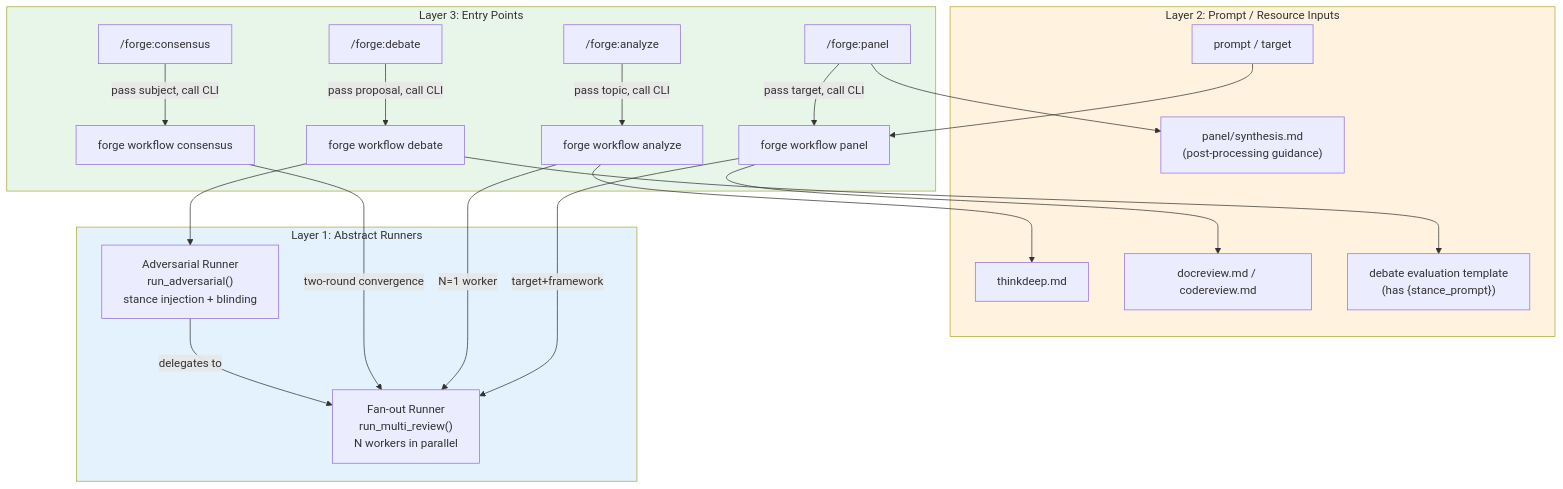
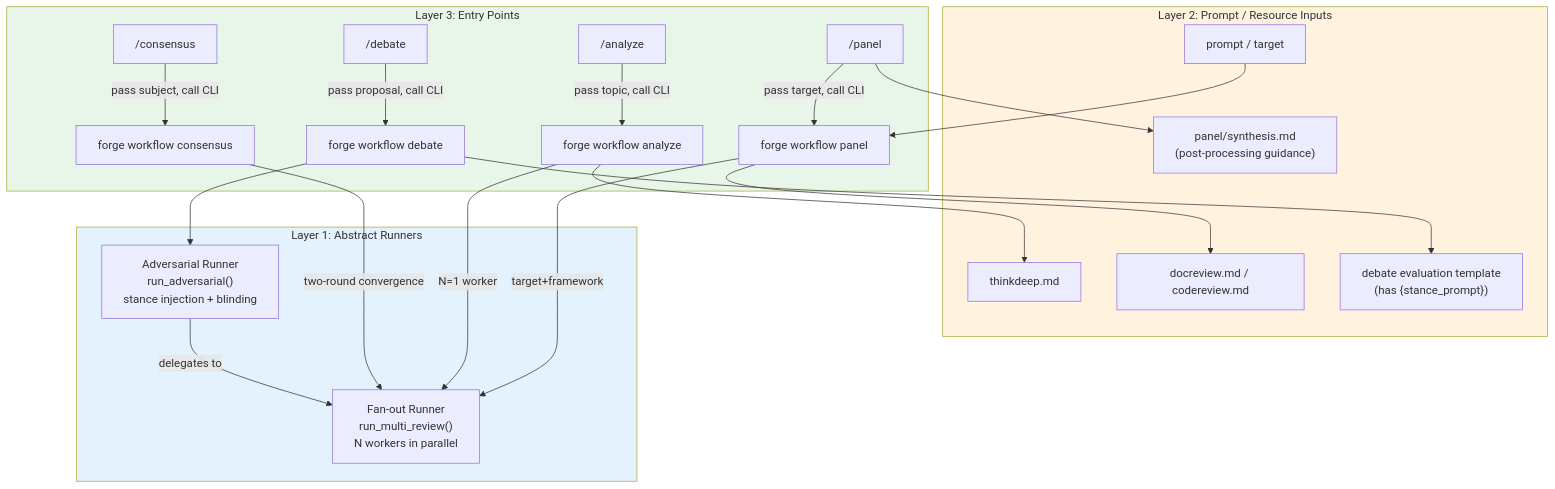
One commit to hapa1i/multi-forge changed the ninth of 10 diagrams in docs/diagrams.md. Above: the diagram before and after it, drawn with Mermaid. The commit also changed other lines of this file and 116 other files, not shown here.

````diff
--- a/docs/diagrams.md
+++ b/docs/diagrams.md
@@ -377,47 +377,47 @@
 ```mermaid
 flowchart TB
     subgraph Layer3["Layer 3: Entry Points"]
         RunPanel["forge workflow panel"]
         RunAnalyze["forge workflow analyze"]
         RunDebate["forge workflow debate"]
         RunConsensus["forge workflow consensus"]
-        SkillPanel["/forge:panel"]
-        SkillAnalyze["/forge:analyze"]
-        SkillDebate["/forge:debate"]
-        SkillConsensus["/forge:consensus"]
+        SkillPanel["/panel"]
+        SkillAnalyze["/analyze"]
+        SkillDebate["/debate"]
+        SkillConsensus["/consensus"]
     end
 
     subgraph Layer2["Layer 2: Prompt / Resource Inputs"]
         Prompt["prompt / target"]
         ThinkRes["thinkdeep.md"]
         DocReviewRes["docreview.md / codereview.md"]
         DebateTemplate["debate evaluation template<br/>(has {stance_prompt})"]
         SynthRes["panel/synthesis.md<br/>(post-processing guidance)"]
     end
 
     subgraph Layer1["Layer 1: Abstract Runners"]
         FanOut["Fan-out Runner<br/>run_multi_review()<br/>N workers in parallel"]
         Adversarial["Adversarial Runner<br/>run_adversarial()<br/>stance injection + blinding"]
     end
 
     RunPanel -->|target+framework| FanOut
     RunAnalyze --> ThinkRes
     RunAnalyze -->|N=1 worker| FanOut
     RunPanel --> DocReviewRes
     RunDebate --> DebateTemplate
     RunDebate --> Adversarial
     RunConsensus -->|two-round convergence| FanOut
 
     Prompt --> RunPanel
     SkillPanel -->|pass target, call CLI| RunPanel
     SkillPanel --> SynthRes
     SkillAnalyze -->|pass topic, call CLI| RunAnalyze
     SkillDebate -->|pass proposal, call CLI| RunDebate
     SkillConsensus -->|pass subject, call CLI| RunConsensus
 
     Adversarial -->|delegates to| FanOut
 
     style Layer1 fill:#e3f2fd
     style Layer2 fill:#fff3e0
     style Layer3 fill:#e8f5e9
 ```
````
